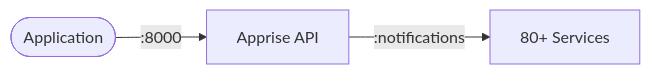
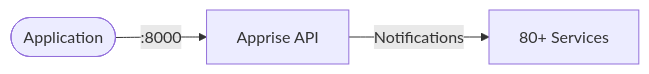
One commit to marcuwynu23/docker-compose-collections changed the diagram in apprise/README.md. Above: the diagram before and after it, drawn with Mermaid. The commit also changed other lines of this file and 3 other files, not shown here.

````diff
--- a/apprise/README.md
+++ b/apprise/README.md
@@ -8,5 +8,5 @@
 ```mermaid
 flowchart LR
     App([Application]) -->|:8000| Apprise[Apprise API]
-    Apprise -->|:notifications| Services[80+ Services]
+    Apprise -->|Notifications| Services[80+ Services]
 ```
````
